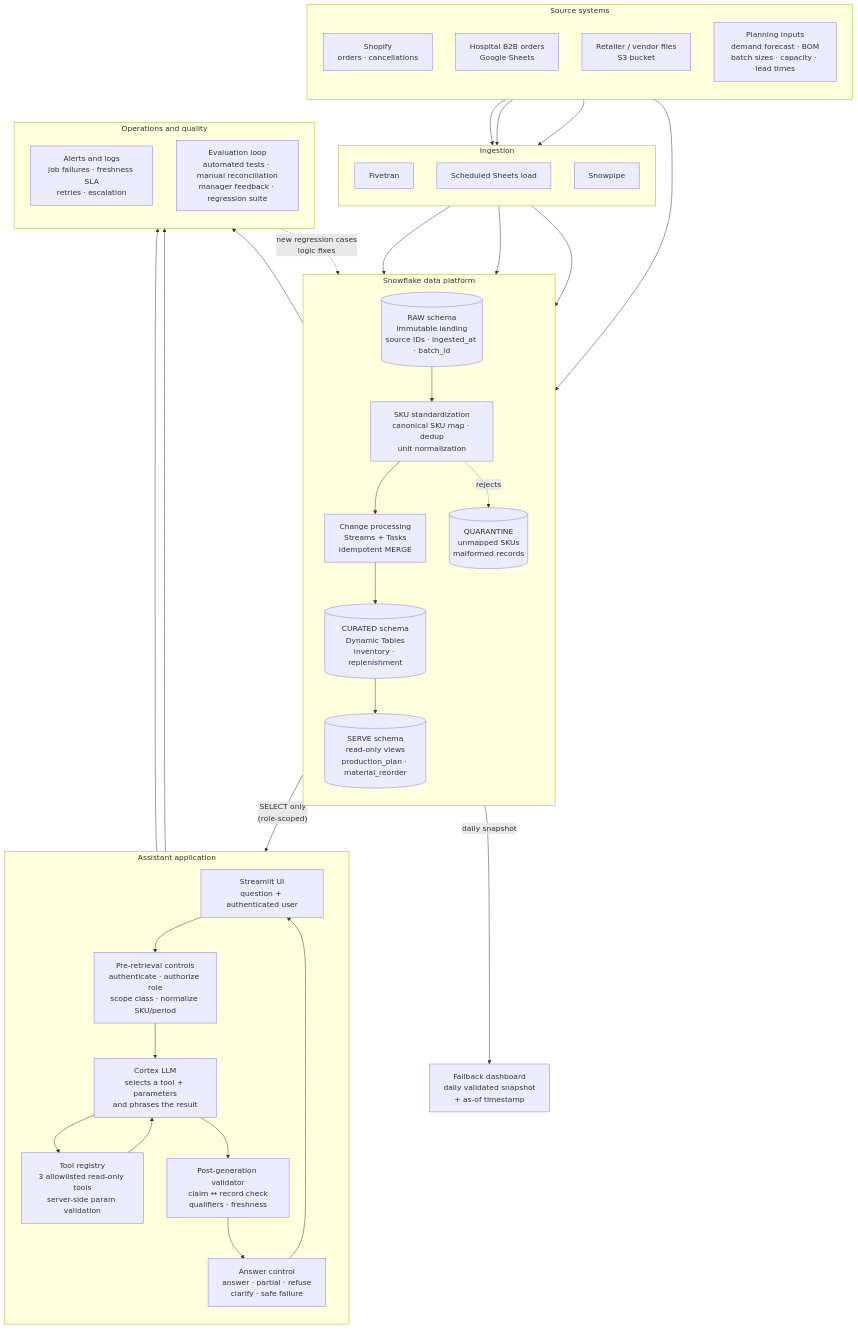
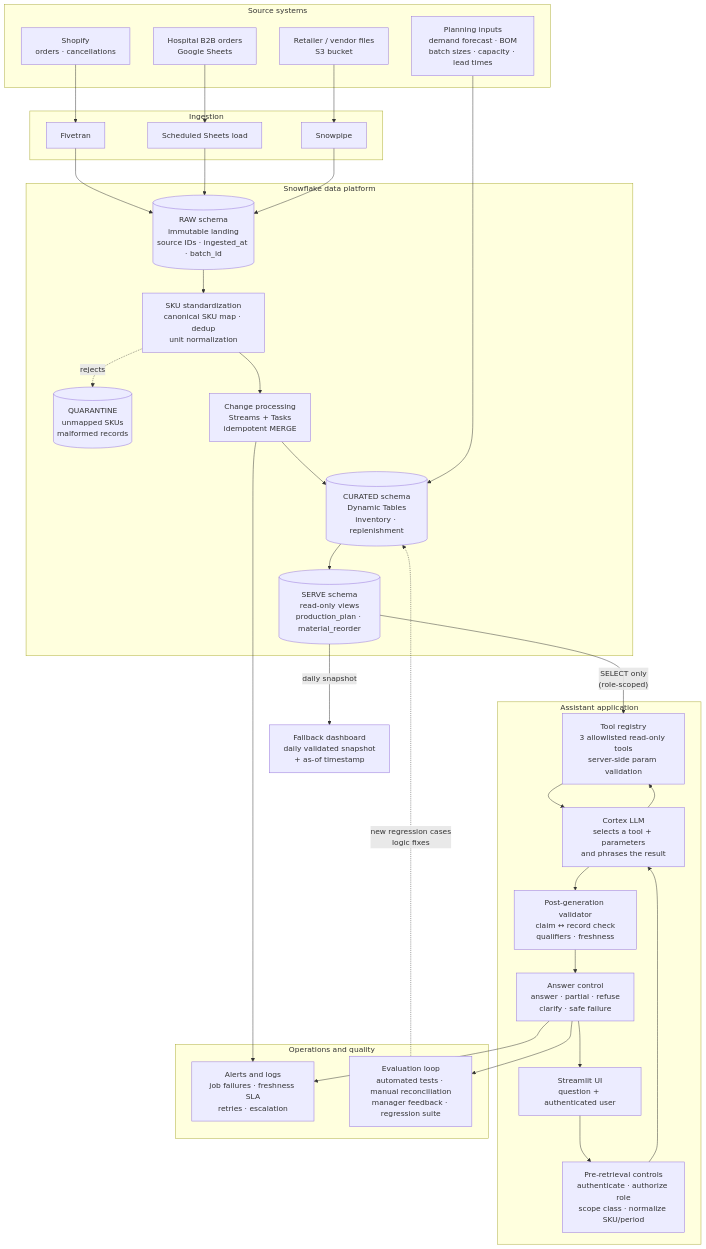
Before and after one commit to rameenft/ai-operations-assistant: the second of 2 diagrams in README.md, drawn with Mermaid. The commit also changed 1 other file, not shown here.

Commit message:
Let component diagram flow top-to-bottom (remove per-subgraph direction)

````diff
--- a/README.md
+++ b/README.md
@@ -79,61 +79,56 @@
 ```mermaid
 flowchart TB
     subgraph SRC["Source systems"]
-        direction TB
         S1["Shopify<br/>orders · cancellations"]
         S2["Hospital B2B orders<br/>Google Sheets"]
         S3["Retailer / vendor files<br/>S3 bucket"]
         S4["Planning inputs<br/>demand forecast · BOM<br/>batch sizes · capacity · lead times"]
     end
 
     subgraph ING["Ingestion"]
-        direction TB
         I1["Fivetran"]
         I2["Scheduled Sheets load"]
         I3["Snowpipe"]
     end
 
     subgraph SF["Snowflake data platform"]
-        direction TB
         RAW[("RAW schema<br/>immutable landing<br/>source IDs · ingested_at · batch_id")]
         MAP["SKU standardization<br/>canonical SKU map · dedup<br/>unit normalization"]
         QUA[("QUARANTINE<br/>unmapped SKUs<br/>malformed records")]
         CHG["Change processing<br/>Streams + Tasks<br/>idempotent MERGE"]
         CUR[("CURATED schema<br/>Dynamic Tables<br/>inventory · replenishment")]
         SERVE[("SERVE schema<br/>read-only views<br/>production_plan · material_reorder")]
         RAW --> MAP --> CHG --> CUR --> SERVE
         MAP -. rejects .-> QUA
     end
 
     subgraph APP["Assistant application"]
-        direction TB
         UI["Streamlit UI<br/>question + authenticated user"]
         PRE["Pre-retrieval controls<br/>authenticate · authorize role<br/>scope class · normalize SKU/period"]
         LLM["Cortex LLM<br/>selects a tool + parameters<br/>and phrases the result"]
         REG["Tool registry<br/>3 allowlisted read-only tools<br/>server-side param validation"]
         GATE["Post-generation validator<br/>claim ↔ record check<br/>qualifiers · freshness"]
         ANS["Answer control<br/>answer · partial · refuse<br/>clarify · safe failure"]
         UI --> PRE --> LLM --> REG
         REG --> LLM
         LLM --> GATE --> ANS --> UI
     end
 
     DASH["Fallback dashboard<br/>daily validated snapshot<br/>+ as-of timestamp"]
 
     subgraph OBS["Operations and quality"]
-        direction TB
         OPS["Alerts and logs<br/>job failures · freshness SLA<br/>retries · escalation"]
         EVAL["Evaluation loop<br/>automated tests · manual reconciliation<br/>manager feedback · regression suite"]
     end
 
     S1 --> I1 --> RAW
     S2 --> I2 --> RAW
     S3 --> I3 --> RAW
     S4 --> CUR
     SERVE -- "SELECT only<br/>(role-scoped)" --> REG
     SERVE -- "daily snapshot" --> DASH
     ANS --> OPS
     CHG --> OPS
     ANS --> EVAL
     EVAL -. "new regression cases<br/>logic fixes" .-> CUR
 ```
````
